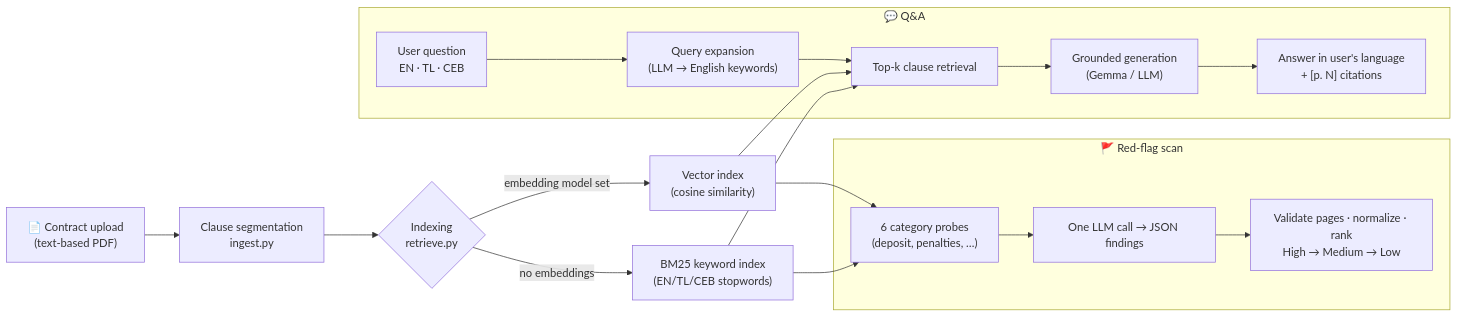
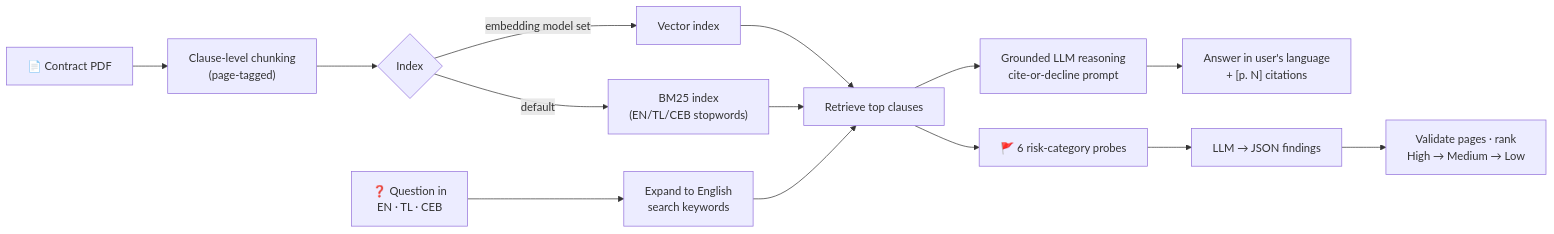
One commit to x1ren/BASA changed the diagram in README.md. Above: the diagram before and after it, drawn with Mermaid. The commit also changed other lines of this file, not shown here.

Commit message:
docs: restructure README with team, pitch, architecture, and business plan

````diff
--- a/README.md
+++ b/README.md
@@ -121,24 +108,14 @@
 ```mermaid
 flowchart LR
-    A["📄 Contract upload<br/>(text-based PDF)"] --> B["Clause segmentation<br/>ingest.py"]
-    B --> C{"Indexing<br/>retrieve.py"}
-    C -->|"embedding model set"| D["Vector index<br/>(cosine similarity)"]
-    C -->|"no embeddings"| E["BM25 keyword index<br/>(EN/TL/CEB stopwords)"]
+    A["📄 Contract PDF"] --> B["Clause-level chunking<br/>(page-tagged)"]
+    B --> C{"Index"}
+    C -->|"embedding model set"| D["Vector index"]
+    C -->|"default"| E["BM25 index<br/>(EN/TL/CEB stopwords)"]
+    D & E --> R["Retrieve top clauses"]
 
-    subgraph QA["💬 Q&A"]
-        Q["User question<br/>EN · TL · CEB"] --> X["Query expansion<br/>(LLM → English keywords)"]
-        X --> R["Top-k clause retrieval"]
-        R --> G["Grounded generation<br/>(Gemma / LLM)"]
-        G --> O["Answer in user's language<br/>+ [p. N] citations"]
-    end
+    Q["❓ Question in<br/>EN · TL · CEB"] --> X["Expand to English<br/>search keywords"] --> R
+    R --> G["Grounded LLM reasoning<br/>cite-or-decline prompt"]
+    G --> O["Answer in user's language<br/>+ [p. N] citations"]
 
-    subgraph SCAN["🚩 Red-flag scan"]
-        S["6 category probes<br/>(deposit, penalties, …)"] --> J["One LLM call → JSON findings"]
-        J --> V["Validate pages · normalize · rank<br/>High → Medium → Low"]
-    end
-
-    D --> R
-    E --> R
-    D --> S
-    E --> S
+    R --> S["🚩 6 risk-category probes"] --> J["LLM → JSON findings"] --> V["Validate pages · rank<br/>High → Medium → Low"]
 ```
````
